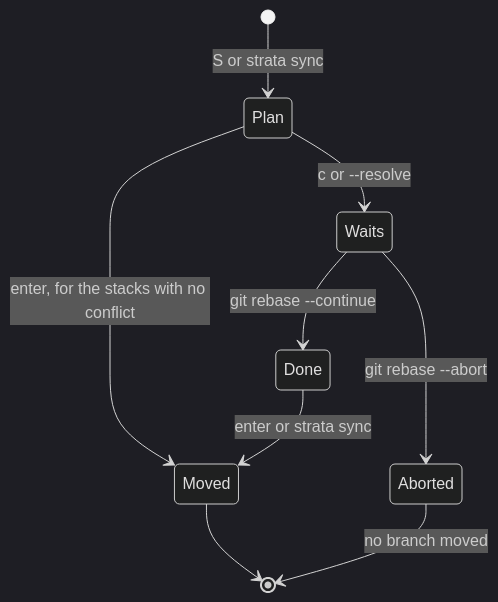
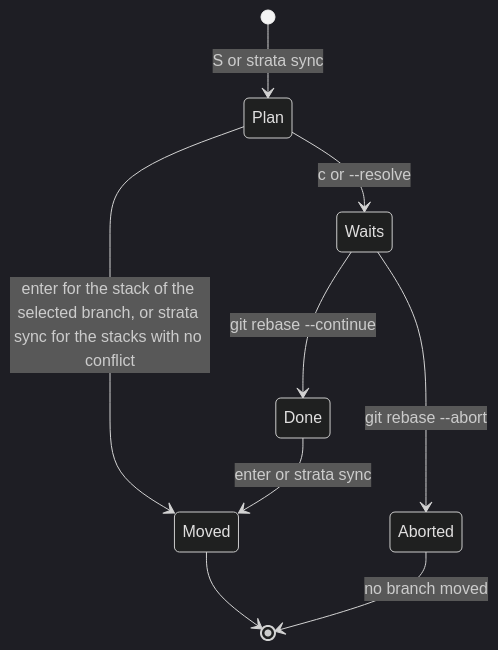
One commit to hpcsc/strata changed the second of 2 diagrams in docs/sync.md. Above: the diagram before and after it, drawn with Mermaid (dark theme). The commit also changed other lines of this file and 15 other files, not shown here.

First line of the commit message:
Move one stack at a time and show sync progress

````diff
--- a/docs/sync.md
+++ b/docs/sync.md
@@ -172,11 +175,11 @@
 ```mermaid
 stateDiagram-v2
     [*] --> Plan: S or strata sync
-    Plan --> Moved: enter, for the stacks with no conflict
+    Plan --> Moved: enter for the stack of the selected branch, or strata sync for the stacks with no conflict
     Plan --> Waits: c or --resolve
     Waits --> Done: git rebase --continue
     Waits --> Aborted: git rebase --abort
     Done --> Moved: enter or strata sync
     Aborted --> [*]: no branch moved
     Moved --> [*]
 ```
````
